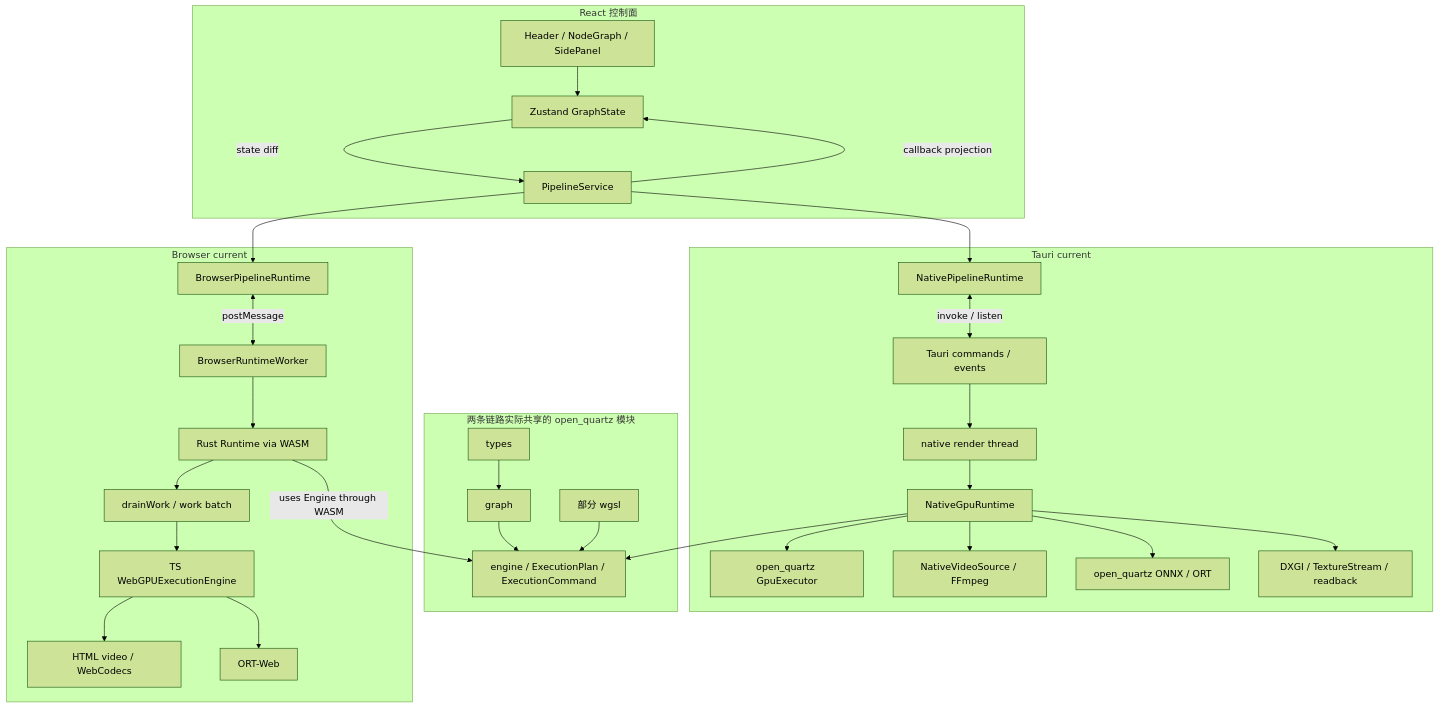
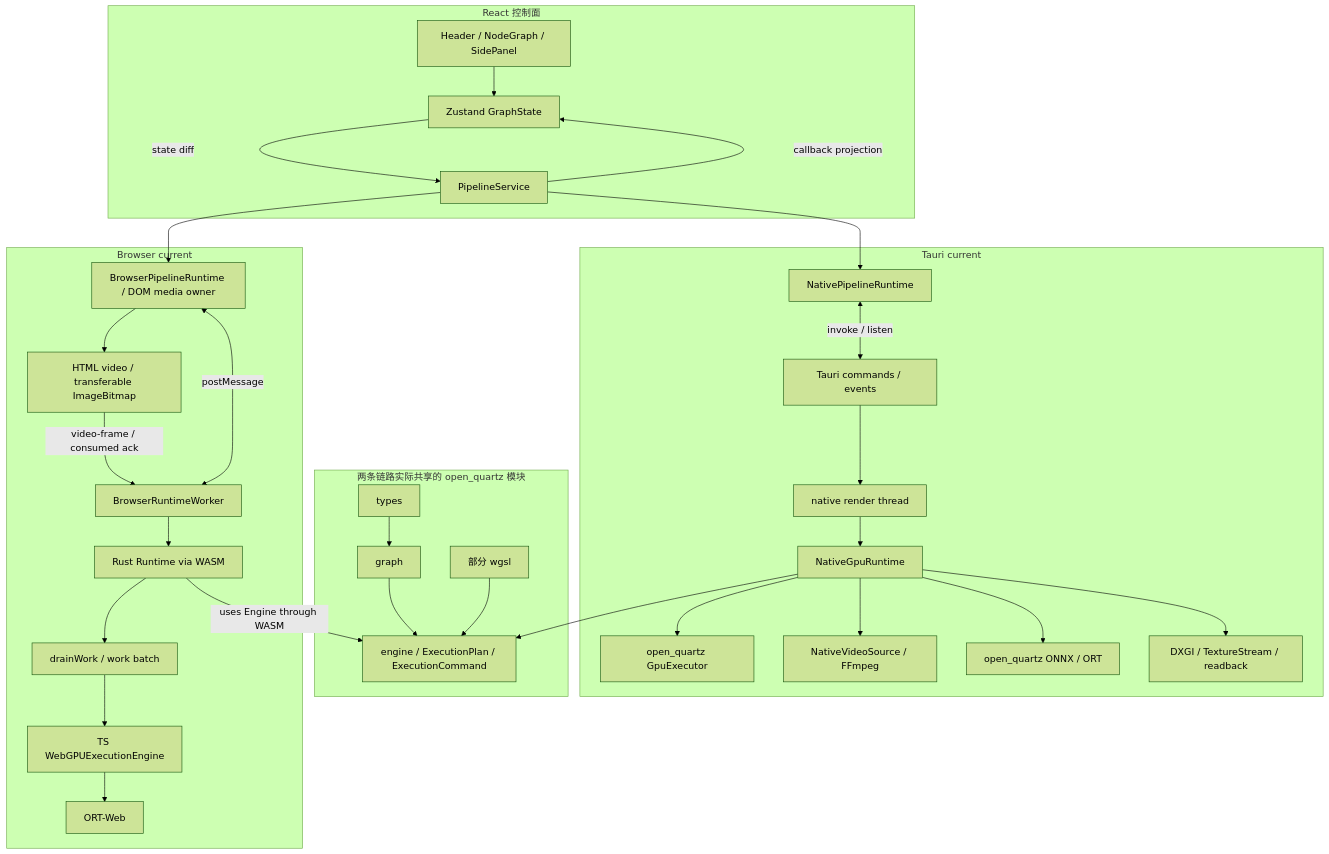
One commit to sanitor/open_quartz changed the second of 12 diagrams in docs/DESIGN.md. Above: the diagram before and after it, drawn with Mermaid (forest theme). The commit also changed other lines of this file and 26 other files, not shown here.

Commit message:
fix: stabilize runtime playback and video inputs

````diff
--- a/docs/DESIGN.md
+++ b/docs/DESIGN.md
@@ -152,57 +152,58 @@
 ```mermaid
 flowchart TB
     subgraph UI[React 控制面]
         Components[Header / NodeGraph / SidePanel]
         Store[Zustand GraphState]
         Service[PipelineService]
         Components --> Store
         Store -->|state diff| Service
         Service -->|callback projection| Store
     end
 
     subgraph Shared[两条链路实际共享的 open_quartz 模块]
         Types[types]
         Graph[graph]
         Wgsl[部分 wgsl]
         Engine[engine / ExecutionPlan / ExecutionCommand]
         Types --> Graph
         Graph --> Engine
         Wgsl --> Engine
     end
 
     subgraph Browser[Browser current]
-        BAdapter[BrowserPipelineRuntime]
+        BAdapter[BrowserPipelineRuntime / DOM media owner]
         Worker[BrowserRuntimeWorker]
         BRuntime[Rust Runtime via WASM]
         BWork[drainWork / work batch]
         BHost[TS WebGPUExecutionEngine]
-        BMedia[HTML video / WebCodecs]
+        BMedia[HTML video / transferable ImageBitmap]
         BOnnx[ORT-Web]
+        BAdapter --> BMedia
         BAdapter <-->|postMessage| Worker
+        BMedia -->|video-frame / consumed ack| Worker
         Worker --> BRuntime --> BWork --> BHost
-        BHost --> BMedia
         BHost --> BOnnx
     end
 
     subgraph Native[Tauri current]
         NAdapter[NativePipelineRuntime]
         Tauri[Tauri commands / events]
         NThread[native render thread]
         NRuntime[NativeGpuRuntime]
         NGpu[open_quartz GpuExecutor]
         NMedia[NativeVideoSource / FFmpeg]
         NOnnx[open_quartz ONNX / ORT]
         NPresent[DXGI / TextureStream / readback]
         NAdapter <-->|invoke / listen| Tauri
         Tauri --> NThread --> NRuntime
         NRuntime --> Engine
         NRuntime --> NGpu
         NRuntime --> NMedia
         NRuntime --> NOnnx
         NRuntime --> NPresent
     end
 
     Service --> BAdapter
     Service --> NAdapter
     BRuntime -->|uses Engine through WASM| Engine
 ```
````
